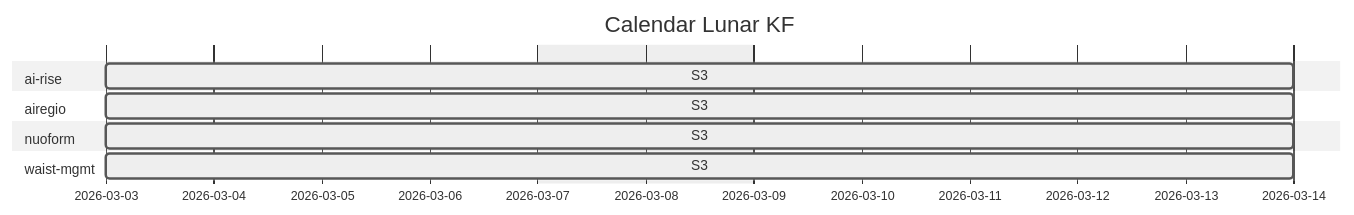
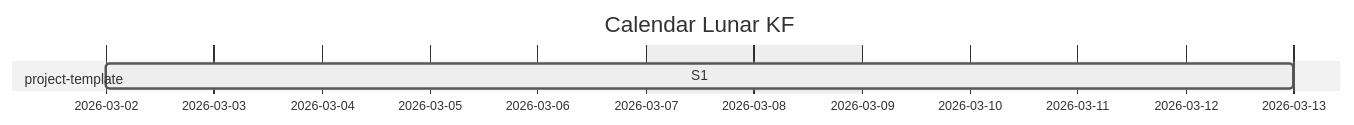
The second of 2 diagrams in docs/unified-calendar.md (Katty-Fashion/kf-cpto), drawn with Mermaid (neutral theme) before and after one commit. The commit also changed other lines of this file and 4 other files, not shown here.

````diff
--- a/docs/unified-calendar.md
+++ b/docs/unified-calendar.md
@@ -22,15 +22,9 @@
 ```mermaid
 gantt
     title Calendar Lunar KF
     dateFormat YYYY-MM-DD
     excludes weekends
 
-    section ai-rise
-    S3 :active, 2026-03-03, 2026-03-14
-    section airegio
-    S3 :active, 2026-03-03, 2026-03-14
-    section nuoform
-    S3 :active, 2026-03-03, 2026-03-14
-    section waist-mgmt
-    S3 :active, 2026-03-03, 2026-03-14
+    section project-template
+    S1 :active, 2026-03-02, 2026-03-13
 ```
````
